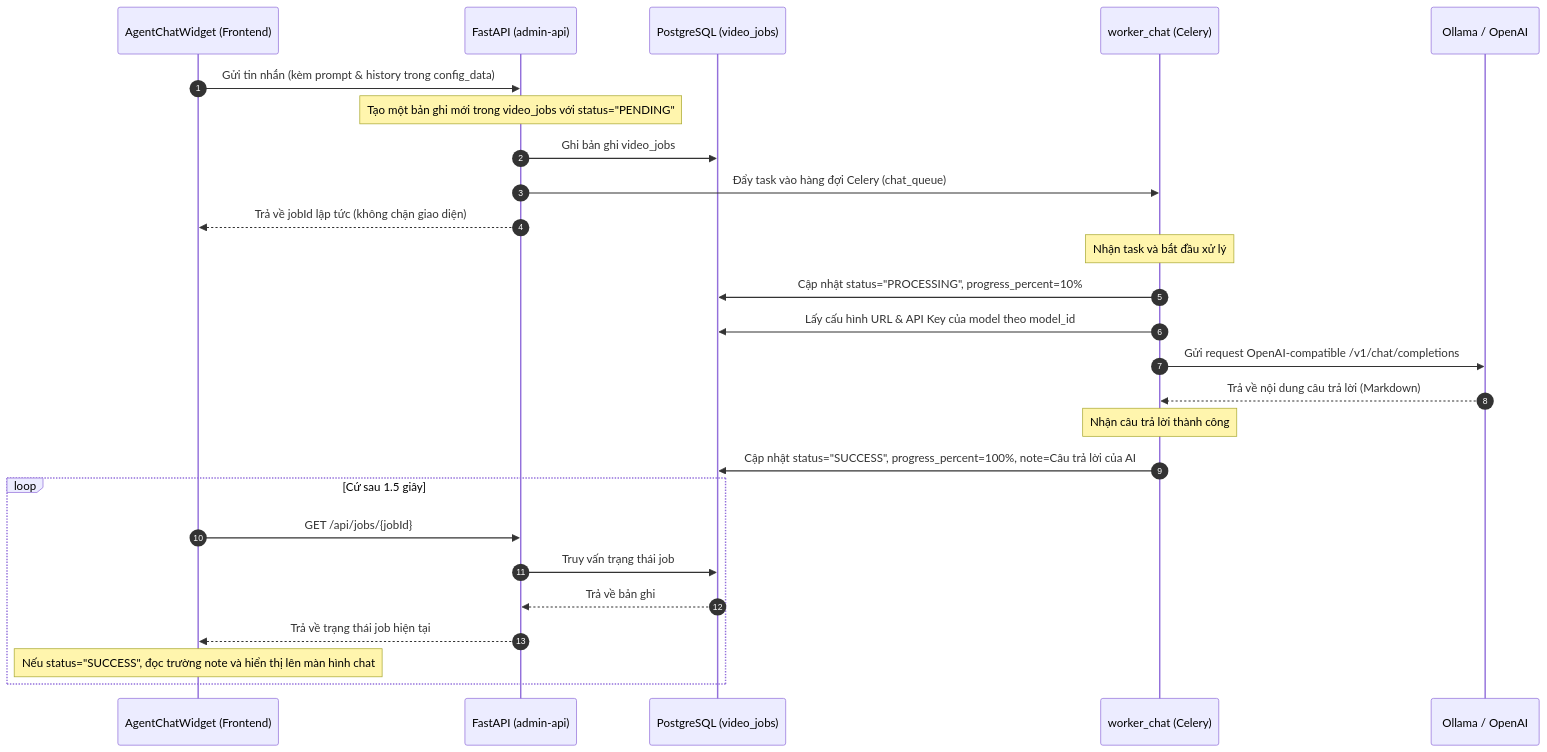
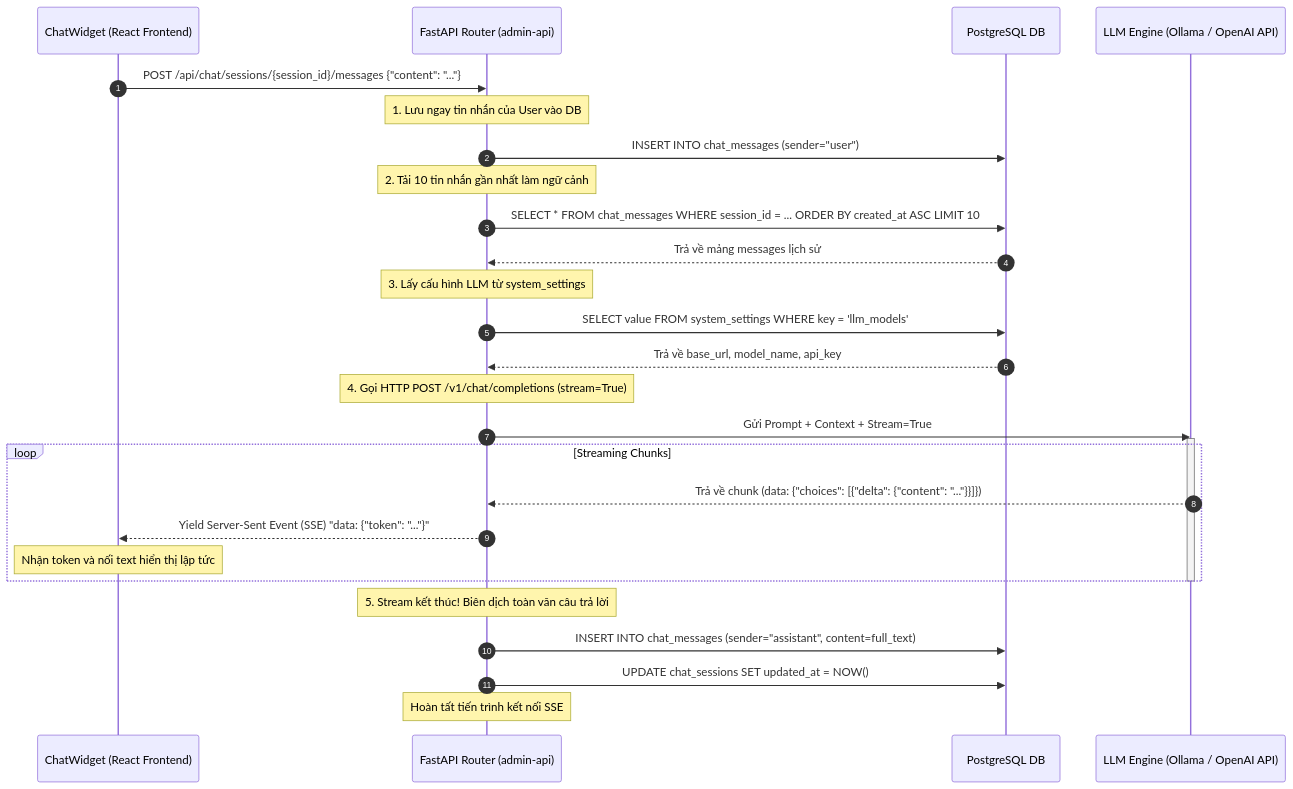
The diagram in docs/WORKER_CHAT_STORAGE.md (lupca/marketing-video-agent), drawn with Mermaid before and after one commit. The commit also changed other lines of this file and 7 other files, not shown here.

````diff
--- a/docs/WORKER_CHAT_STORAGE.md
+++ b/docs/WORKER_CHAT_STORAGE.md
@@ -72,32 +50,38 @@
 ```mermaid
 sequenceDiagram
     autonumber
-    participant UI as AgentChatWidget (Frontend)
-    participant API as FastAPI (admin-api)
-    participant DB as PostgreSQL (video_jobs)
-    participant Worker as worker_chat (Celery)
-    participant LLM as Ollama / OpenAI
+    participant UI as ChatWidget (React Frontend)
+    participant API as FastAPI Router (admin-api)
+    participant DB as PostgreSQL DB
+    participant LLM as LLM Engine (Ollama / OpenAI API)
 
-    UI->>API: Gửi tin nhắn (kèm prompt & history trong config_data)
-    Note over API: Tạo một bản ghi mới trong video_jobs với status="PENDING"
-    API->>DB: Ghi bản ghi video_jobs
-    API->>Worker: Đẩy task vào hàng đợi Celery (chat_queue)
-    API-->>UI: Trả về jobId lập tức (không chặn giao diện)
+    UI->>API: POST /api/chat/sessions/{session_id}/messages {"content": "..."}
     
-    Note over Worker: Nhận task và bắt đầu xử lý
-    Worker->>DB: Cập nhật status="PROCESSING", progress_percent=10%
-    Worker->>DB: Lấy cấu hình URL & API Key của model theo model_id
-    Worker->>LLM: Gửi request OpenAI-compatible /v1/chat/completions
-    LLM-->>Worker: Trả về nội dung câu trả lời (Markdown)
+    Note over API: 1. Lưu ngay tin nhắn của User vào DB
+    API->>DB: INSERT INTO chat_messages (sender="user")
     
-    Note over Worker: Nhận câu trả lời thành công
-    Worker->>DB: Cập nhật status="SUCCESS", progress_percent=100%, note=Câu trả lời của AI
+    Note over API: 2. Tải 10 tin nhắn gần nhất làm ngữ cảnh
+    API->>DB: SELECT * FROM chat_messages WHERE session_id = ... ORDER BY created_at ASC LIMIT 10
+    DB-->>API: Trả về mảng messages lịch sử
     
-    loop Cứ sau 1.5 giây
-        UI->>API: GET /api/jobs/{jobId}
-        API->>DB: Truy vấn trạng thái job
-        DB-->>API: Trả về bản ghi
-        API-->>UI: Trả về trạng thái job hiện tại
-        Note over UI: Nếu status="SUCCESS", đọc trường note và hiển thị lên màn hình chat
+    Note over API: 3. Lấy cấu hình LLM từ system_settings
+    API->>DB: SELECT value FROM system_settings WHERE key = 'llm_models'
+    DB-->>API: Trả về base_url, model_name, api_key
+    
+    Note over API: 4. Gọi HTTP POST /v1/chat/completions (stream=True)
+    API->>LLM: Gửi Prompt + Context + Stream=True
+    
+    activate LLM
+    loop Streaming Chunks
+        LLM-->>API: Trả về chunk (data: {"choices": [{"delta": {"content": "..."}}]})
+        API-->>UI: Yield Server-Sent Event (SSE) "data: {"token": "..."}"
+        Note over UI: Nhận token và nối text hiển thị lập tức
     end
+    deactivate LLM
+    
+    Note over API: 5. Stream kết thúc! Biên dịch toàn văn câu trả lời
+    API->>DB: INSERT INTO chat_messages (sender="assistant", content=full_text)
+    API->>DB: UPDATE chat_sessions SET updated_at = NOW()
+    
+    Note over API: Hoàn tất tiến trình kết nối SSE
 ```
````
